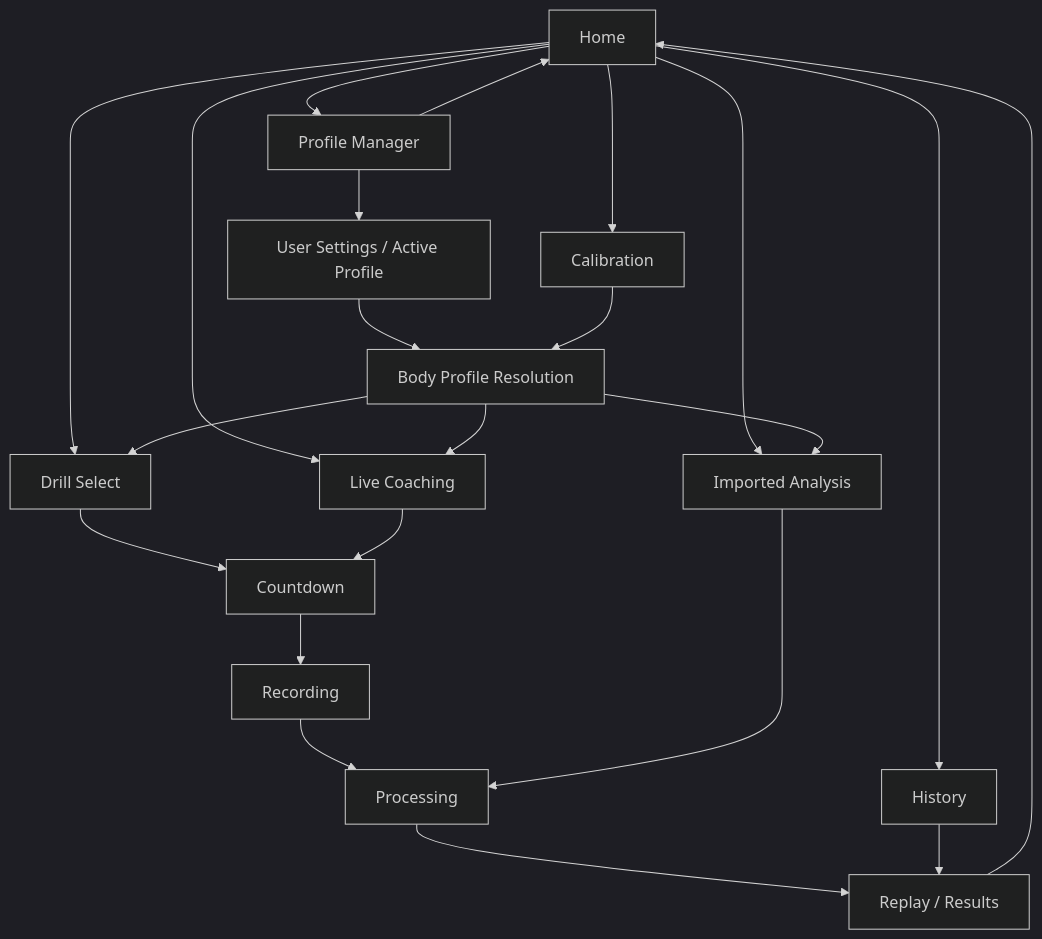
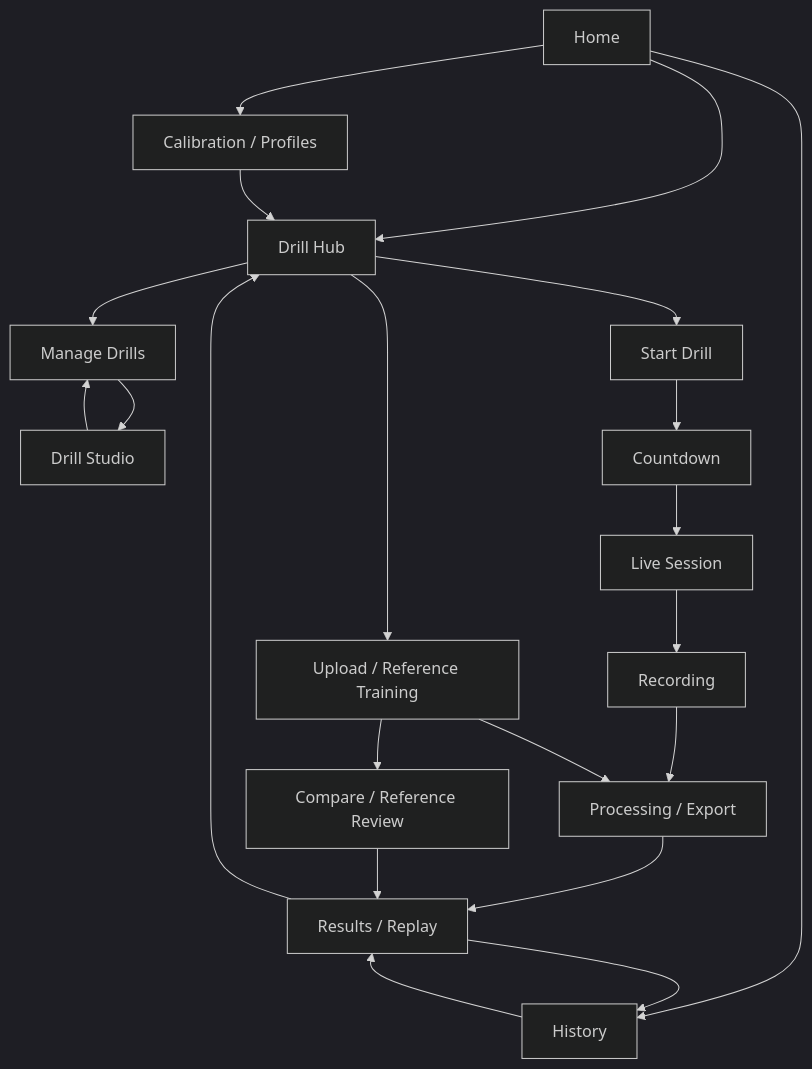
The diagram in docs/diagrams/ui-flow.md (Voycepeh/Handstand-App), drawn with Mermaid (dark theme) before and after one commit. The commit also changed 14 other files, not shown here.

Commit message:
docs: realign repo docs and diagrams with current drill-centric workflows

````diff
--- a/docs/diagrams/ui-flow.md
+++ b/docs/diagrams/ui-flow.md
@@ -3,42 +3,38 @@
 ```mermaid
 flowchart TD
-  H[Home]
-  PM[Profile Manager]
-  D[Drill Select]
-  L[Live Coaching]
-  C[Countdown]
-  R[Recording]
-  P[Processing]
-  RS[Replay / Results]
-  HI[History]
-  U[Imported Analysis]
-  CAL[Calibration]
+    H[Home]
+    DH[Drill Hub]
+    MD[Manage Drills]
+    DS[Drill Studio]
+    SD[Start Drill]
+    L[Live Session]
+    C[Countdown]
+    R[Recording]
+    P[Processing / Export]
+    RS[Results / Replay]
+    HI[History]
+    U[Upload / Reference Training]
+    CMP[Compare / Reference Review]
+    CAL[Calibration / Profiles]
 
-  US[User Settings / Active Profile]
-  BP[Body Profile Resolution]
-
-  H --> PM
-  H --> D
-  H --> L
-  H --> U
-  H --> HI
-  H --> CAL
-
-  PM --> US
-  US --> BP
-  BP --> D
-  BP --> L
-  BP --> U
-
-  D --> C
-  L --> C
-  C --> R
-  R --> P
-  P --> RS
-
-  HI --> RS
-  U --> P
-  CAL --> BP
-  RS --> H
-  PM --> H
+    H --> DH
+    H --> HI
+    H --> CAL
+    DH --> SD
+    DH --> MD
+    DH --> U
+    SD --> C
+    C --> L
+    L --> R
+    R --> P
+    P --> RS
+    RS --> HI
+    RS --> DH
+    MD --> DS
+    DS --> MD
+    U --> P
+    U --> CMP
+    CMP --> RS
+    CAL --> DH
+    HI --> RS
 ```
````
